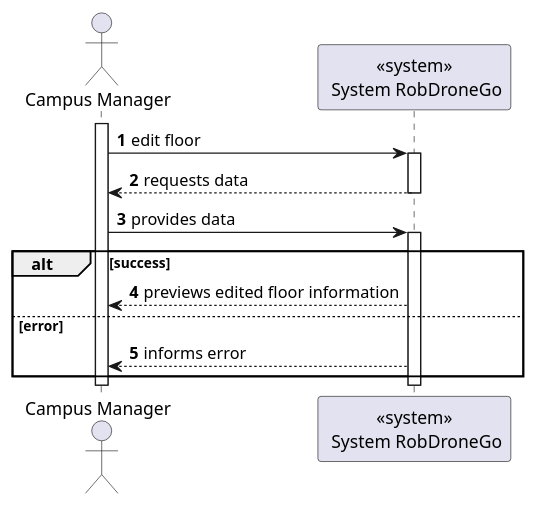
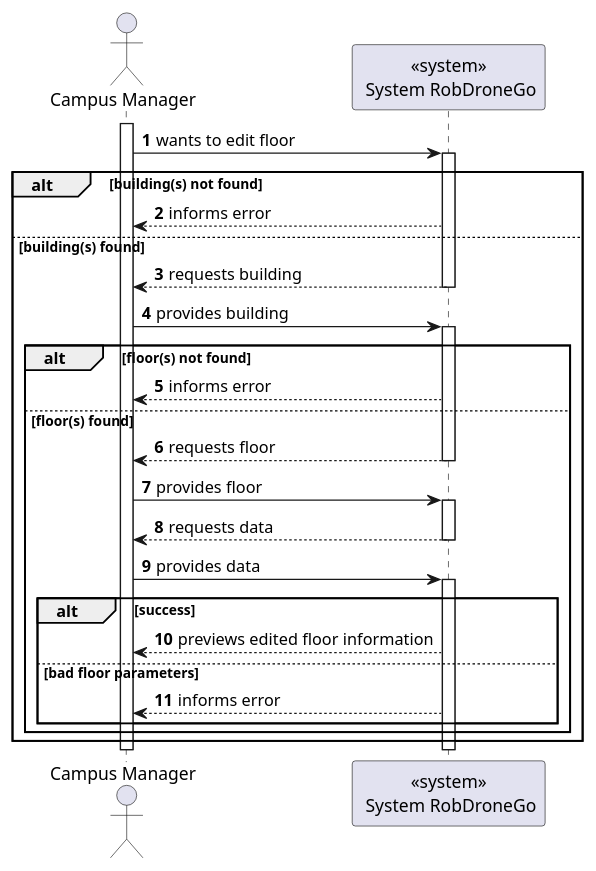
One commit to Departamento-de-Engenharia-Informatica/lapr5-23-24-g19 changed the diagram in docs/us1110/level1/process-view.puml. Above: the diagram before and after it, drawn with PlantUML. The commit also changed 11 other files, not shown here.

```diff
--- a/docs/us1110/level1/process-view.puml
+++ b/docs/us1110/level1/process-view.puml
@@ -1,24 +1,43 @@
 @startuml
 autonumber
 
 actor "Campus Manager" as usr
 
 participant "<<system>>\n System RobDroneGo" as sys
 
 activate usr
-    usr -> sys : edit floor
+    usr -> sys : wants to edit floor
     activate sys
-        sys --> usr : requests data
+    alt building(s) not found
+        sys --> usr : informs error
+    else building(s) found
+
+        sys --> usr : requests building
     deactivate sys
+
+    usr -> sys : provides building
+    activate sys
+        alt floor(s) not found
+            sys --> usr : informs error
+        else floor(s) found
+            sys --> usr : requests floor
+            deactivate sys
+
+            usr -> sys : provides floor
+            activate sys
+                sys --> usr : requests data
+            deactivate sys
 
     usr -> sys : provides data
     activate sys
         alt success
             sys --> usr : previews edited floor information
-        else error
+        else bad floor parameters
             sys --> usr : informs error
         end
+    end
+end
     deactivate sys
 deactivate usr
 
 @enduml
```
